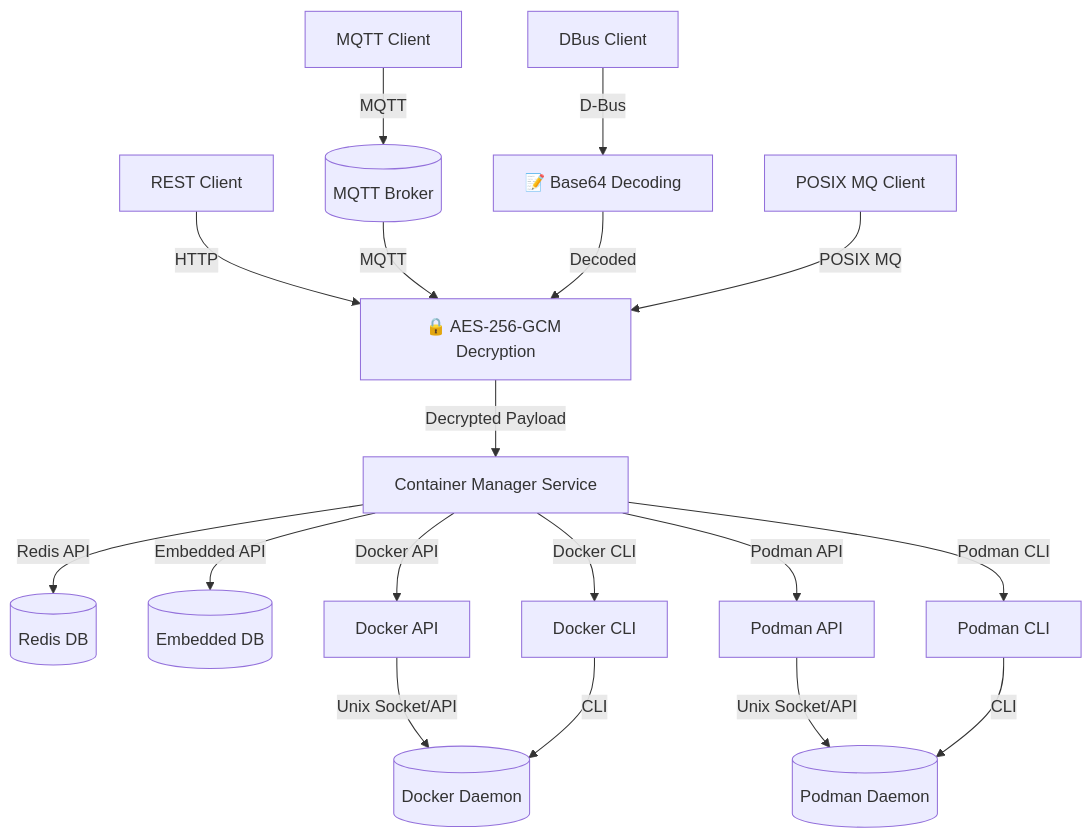
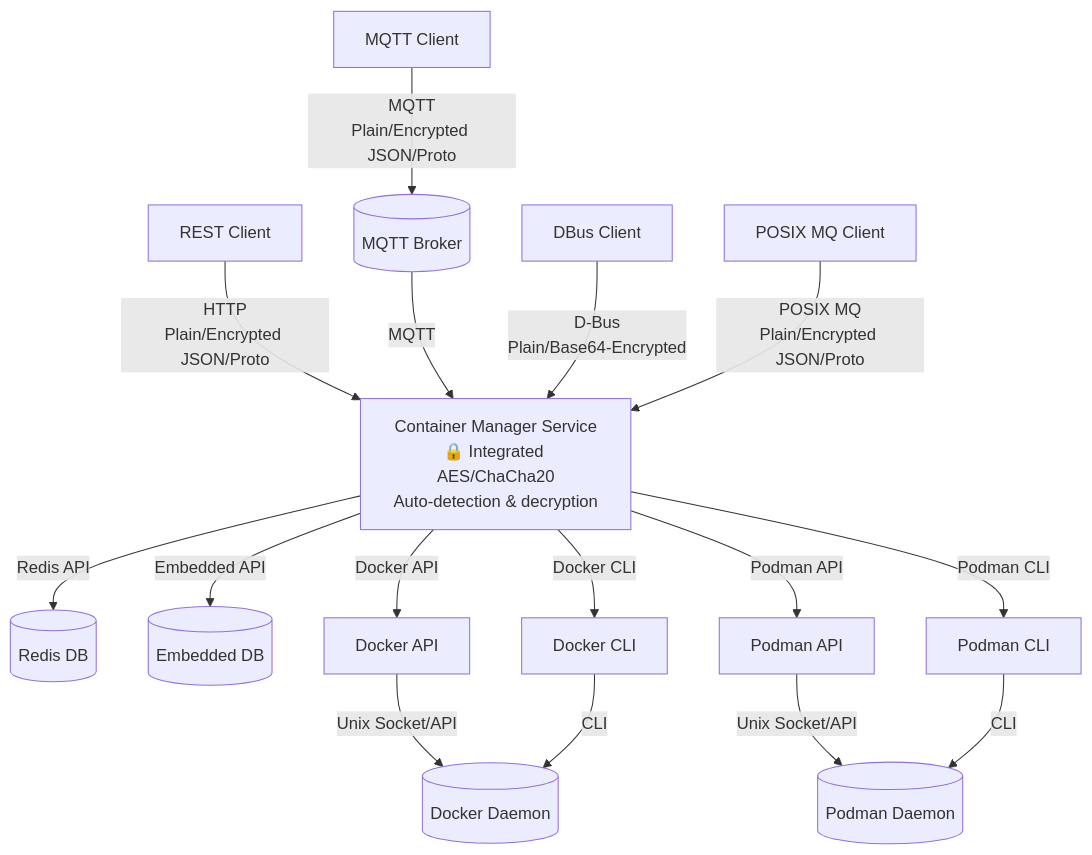
The sixth of 6 diagrams in docs/architecture/architecture_diagram.md (Komal-kalyanraman/container_manager), drawn with Mermaid before and after one commit. The commit also changed other lines of this file and 7 other files, not shown here.

Commit message:
updated architecture diagrams

````diff
--- a/docs/architecture/architecture_diagram.md
+++ b/docs/architecture/architecture_diagram.md
@@ -225,55 +207,47 @@
 ```mermaid
 graph TD
     %% Clients and Brokers
     Client1[REST Client]
     Client2[MQTT Client]
     Client3[DBus Client]
     Client4[POSIX MQ Client]
     MQTTB[(MQTT Broker)]
 
-    %% Security/Decoding Modules
-    B64[📝 Base64 Decoding]
-    ENCRYPT[🔒 AES-256-GCM Decryption]
-
-    %% Main Service
-    CM[Container Manager Service]
+    %% Main Service with Integrated Security
+    CM[Container Manager Service<br/>🔒 Integrated AES/ChaCha20<br/>Auto-detection & decryption]
 
     %% Databases
     Redis[(Redis DB)]
     Embedded[(Embedded DB)]
 
     %% Docker/Podman Daemons and APIs
     Docker[(Docker Daemon)]
     Podman[(Podman Daemon)]
     DockerAPI[Docker API]
     DockerCLI[Docker CLI]
     PodmanAPI[Podman API]
     PodmanCLI[Podman CLI]
 
-    %% Client to Service (with security modules)
-    Client1 -->|HTTP| ENCRYPT
-    Client2 -->|MQTT| MQTTB
-    MQTTB -->|MQTT| ENCRYPT
-    Client3 -->|D-Bus| B64
-    B64 -->|Decoded| ENCRYPT
-    Client4 -->|POSIX MQ| ENCRYPT
-
-    %% Decryption to Main Service
-    ENCRYPT -->|Decrypted Payload| CM
+    %% Client to Service (protocols handle both plain and encrypted)
+    Client1 -->|HTTP<br/>Plain/Encrypted JSON/Proto| CM
+    Client2 -->|MQTT<br/>Plain/Encrypted JSON/Proto| MQTTB
+    MQTTB -->|MQTT| CM
+    Client3 -->|D-Bus<br/>Plain/Base64-Encrypted| CM
+    Client4 -->|POSIX MQ<br/>Plain/Encrypted JSON/Proto| CM
 
     %% Database connections
     CM -->|Redis API| Redis
     CM -->|Embedded API| Embedded
 
     %% Docker connections
     CM -->|Docker API| DockerAPI
     CM -->|Docker CLI| DockerCLI
     DockerAPI -->|Unix Socket/API| Docker
     DockerCLI -->|CLI| Docker
 
     %% Podman connections
     CM -->|Podman API| PodmanAPI
     CM -->|Podman CLI| PodmanCLI
     PodmanAPI -->|Unix Socket/API| Podman
     PodmanCLI -->|CLI| Podman
 ```
````
